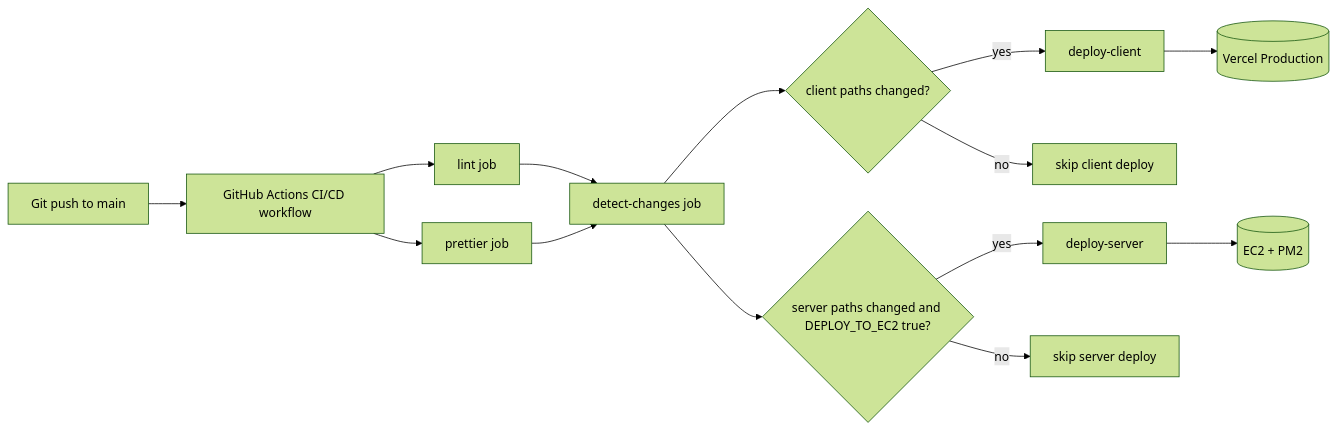
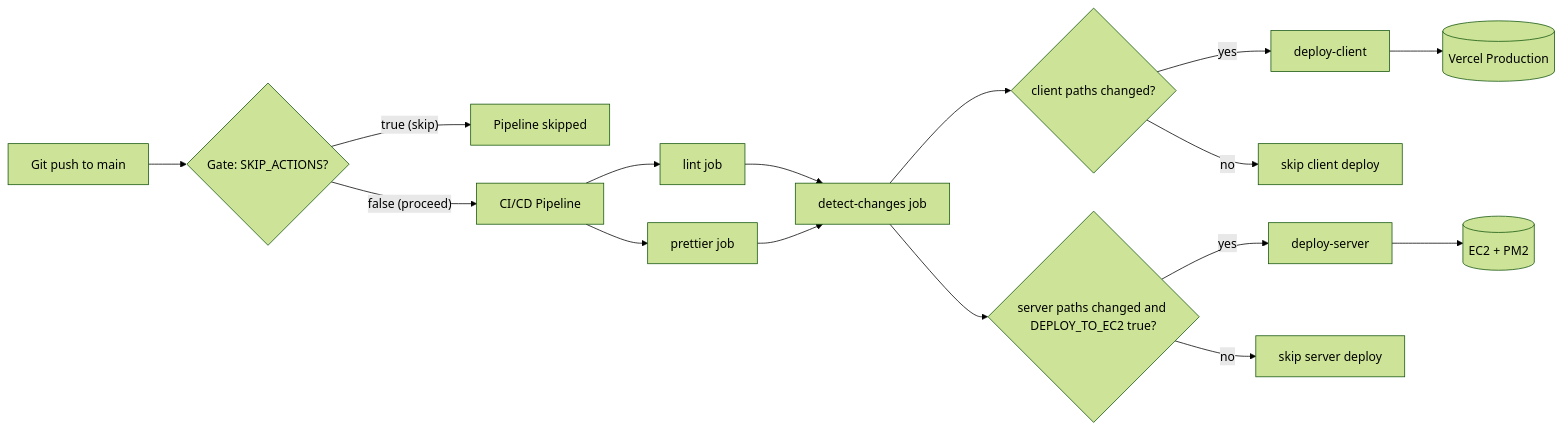
The first of 6 diagrams in docs/architecture/CI_CD_PIPELINE_ARCHITECTURE.md (IamDevTrivedi/Trimium), drawn with Mermaid (forest theme) before and after one commit. The commit also changed other lines of this file and 5 other files, not shown here.

````diff
--- a/docs/architecture/CI_CD_PIPELINE_ARCHITECTURE.md
+++ b/docs/architecture/CI_CD_PIPELINE_ARCHITECTURE.md
@@ -49,22 +20,24 @@
 ```mermaid
 flowchart LR
-    A[Git push to main] --> B[GitHub Actions CI/CD workflow]
+    A[Git push to main] --> B{Gate: SKIP_ACTIONS?}
+    B -- "true (skip)" --> Z[Pipeline skipped]
+    B -- "false (proceed)" --> C[CI/CD Pipeline]
 
-    B --> C[lint job]
-    B --> D[prettier job]
+    C --> D[lint job]
+    C --> E[prettier job]
 
-    C --> E[detect-changes job]
-    D --> E
+    D --> F[detect-changes job]
+    E --> F
 
-    E --> F{client paths changed?}
-    E --> G{server paths changed and DEPLOY_TO_EC2 true?}
+    F --> G{client paths changed?}
+    F --> H{server paths changed and DEPLOY_TO_EC2 true?}
 
-    F -- yes --> H[deploy-client]
-    F -- no --> I[skip client deploy]
+    G -- yes --> I[deploy-client]
+    G -- no --> J[skip client deploy]
 
-    G -- yes --> J[deploy-server]
-    G -- no --> K[skip server deploy]
+    H -- yes --> K[deploy-server]
+    H -- no --> L[skip server deploy]
 
-    H --> L[(Vercel Production)]
-    J --> M[(EC2 + PM2)]
+    I --> M[(Vercel Production)]
+    K --> N[(EC2 + PM2)]
 ```
````
